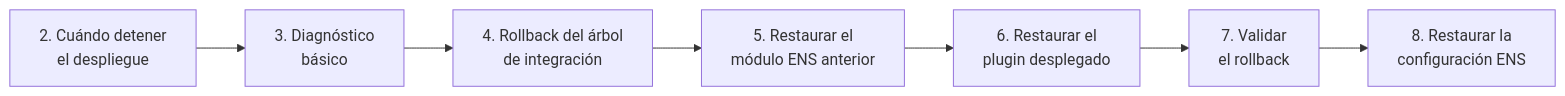
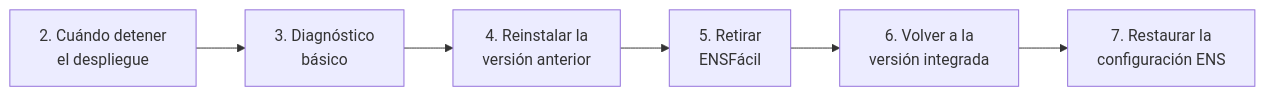
Before and after one commit to arseniteio/power-ens: the diagram in docs/deployment/04-troubleshooting-and-rollback.md, drawn with Mermaid. The commit also changed other lines of this file and 11 other files, not shown here.

Commit message:
docs: install and update ENSFácil as a standalone plugin

````diff
--- a/docs/deployment/04-troubleshooting-and-rollback.md
+++ b/docs/deployment/04-troubleshooting-and-rollback.md
@@ -13,9 +13,8 @@
 ```mermaid
 flowchart LR
   A["2. Cuándo detener<br/>el despliegue"] --> B["3. Diagnóstico<br/>básico"]
-  B --> C["4. Rollback del árbol<br/>de integración"]
-  C --> D["5. Restaurar el<br/>módulo ENS anterior"]
-  D --> E["6. Restaurar el<br/>plugin desplegado"]
-  E --> F["7. Validar<br/>el rollback"]
-  F --> G["8. Restaurar la<br/>configuración ENS"]
+  B --> C["4. Reinstalar la<br/>versión anterior"]
+  C --> D["5. Retirar<br/>ENSFácil"]
+  D --> E["6. Volver a la<br/>versión integrada"]
+  E --> F["7. Restaurar la<br/>configuración ENS"]
 ```
````
